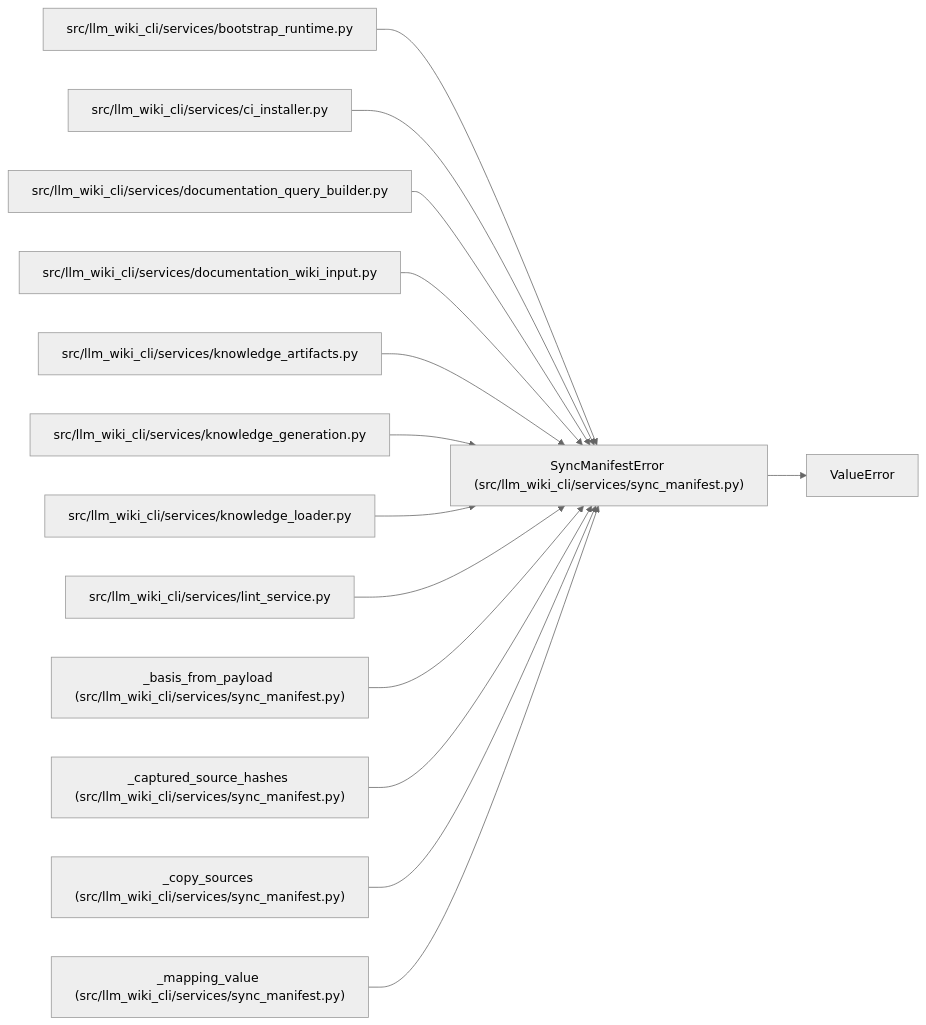
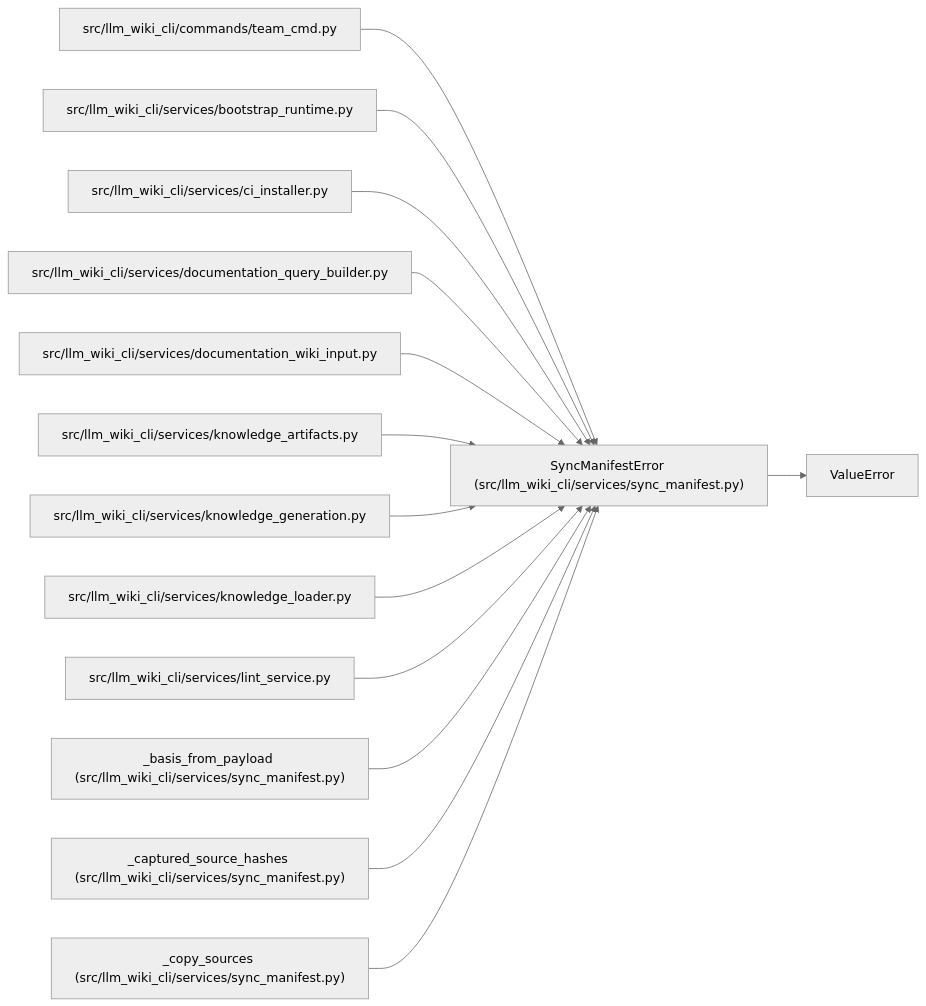
The diagram in docs/llm_wiki/entities/SyncManifestError.md (Denissvgn/python-wiki-llm), drawn with Mermaid (neutral theme) before and after one commit. The commit also changed other lines of this file and 240 other files, not shown here.

Commit message:
docs: refresh wiki for validated runtime updates

````diff
--- a/docs/llm_wiki/entities/SyncManifestError.md
+++ b/docs/llm_wiki/entities/SyncManifestError.md
@@ -25,43 +25,43 @@
 ```mermaid
 flowchart LR
     n0["SyncManifestError (src/llm_wiki_cli/services/sync_manifest.py)"]
     n1["ValueError"]
-    n2["src/llm_wiki_cli/services/bootstrap_runtime.py"]
-    n3["src/llm_wiki_cli/services/ci_installer.py"]
-    n4["src/llm_wiki_cli/services/documentation_query_builder.py"]
-    n5["src/llm_wiki_cli/services/documentation_wiki_input.py"]
-    n6["src/llm_wiki_cli/services/knowledge_artifacts.py"]
-    n7["src/llm_wiki_cli/services/knowledge_generation.py"]
-    n8["src/llm_wiki_cli/services/knowledge_loader.py"]
-    n9["src/llm_wiki_cli/services/lint_service.py"]
-    n10["_basis_from_payload (src/llm_wiki_cli/services/sync_manifest.py)"]
-    n11["_captured_source_hashes (src/llm_wiki_cli/services/sync_manifest.py)"]
-    n12["_copy_sources (src/llm_wiki_cli/services/sync_manifest.py)"]
-    n13["_mapping_value (src/llm_wiki_cli/services/sync_manifest.py)"]
+    n2["src/llm_wiki_cli/commands/team_cmd.py"]
+    n3["src/llm_wiki_cli/services/bootstrap_runtime.py"]
+    n4["src/llm_wiki_cli/services/ci_installer.py"]
+    n5["src/llm_wiki_cli/services/documentation_query_builder.py"]
+    n6["src/llm_wiki_cli/services/documentation_wiki_input.py"]
+    n7["src/llm_wiki_cli/services/knowledge_artifacts.py"]
+    n8["src/llm_wiki_cli/services/knowledge_generation.py"]
+    n9["src/llm_wiki_cli/services/knowledge_loader.py"]
+    n10["src/llm_wiki_cli/services/lint_service.py"]
+    n11["_basis_from_payload (src/llm_wiki_cli/services/sync_manifest.py)"]
+    n12["_captured_source_hashes (src/llm_wiki_cli/services/sync_manifest.py)"]
+    n13["_copy_sources (src/llm_wiki_cli/services/sync_manifest.py)"]
     n0 --> n1
     n2 --> n0
     n3 --> n0
     n4 --> n0
     n5 --> n0
     n6 --> n0
     n7 --> n0
     n8 --> n0
     n9 --> n0
     n10 --> n0
     n11 --> n0
     n12 --> n0
     n13 --> n0
     click n0 "../modules/sync_manifest.md"
-    click n2 "../modules/bootstrap_runtime.md"
-    click n3 "../modules/ci_installer.md"
-    click n4 "../modules/documentation_query_builder.md"
-    click n5 "../modules/documentation_wiki_input.md"
-    click n6 "../modules/knowledge_artifacts.md"
-    click n7 "../modules/knowledge_generation.md"
-    click n8 "../modules/knowledge_loader.md"
-    click n9 "../modules/lint_service.md"
-    click n10 "../modules/sync_manifest.md"
+    click n2 "../modules/team_cmd.md"
+    click n3 "../modules/bootstrap_runtime.md"
+    click n4 "../modules/ci_installer.md"
+    click n5 "../modules/documentation_query_builder.md"
+    click n6 "../modules/documentation_wiki_input.md"
+    click n7 "../modules/knowledge_artifacts.md"
+    click n8 "../modules/knowledge_generation.md"
+    click n9 "../modules/knowledge_loader.md"
+    click n10 "../modules/lint_service.md"
     click n11 "../modules/sync_manifest.md"
     click n12 "../modules/sync_manifest.md"
     click n13 "../modules/sync_manifest.md"
 ```
````
